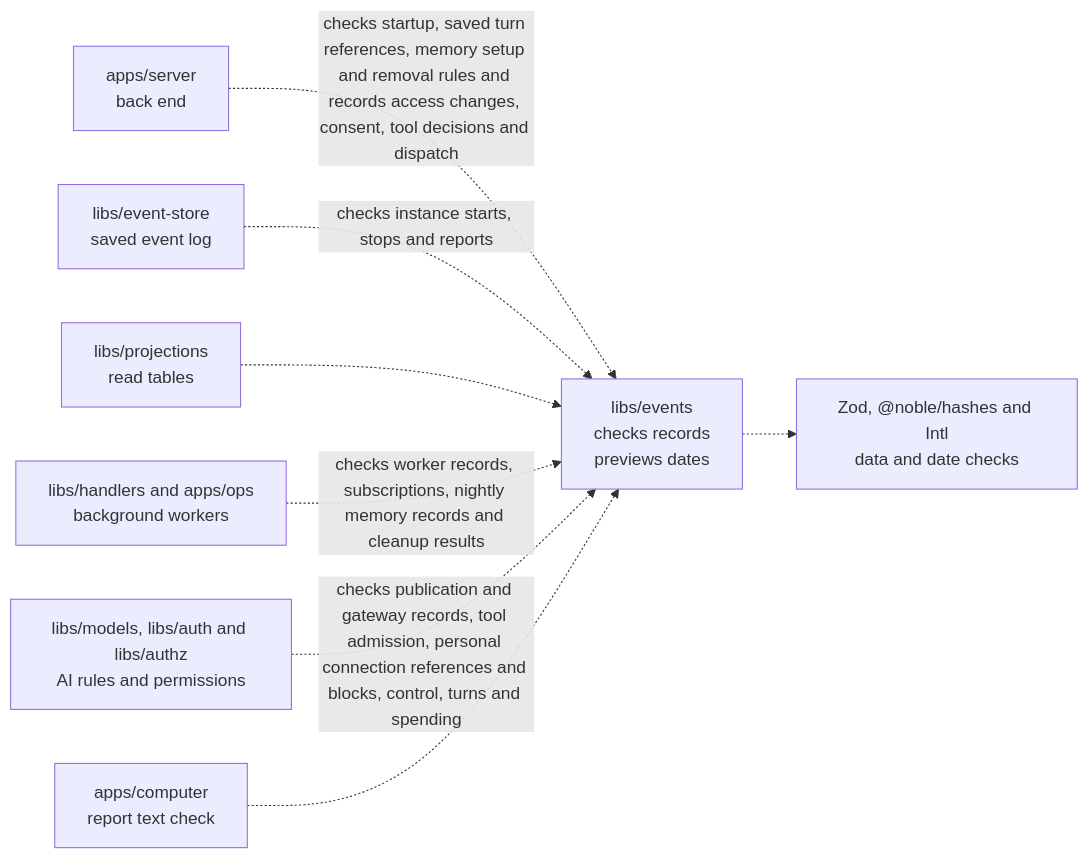
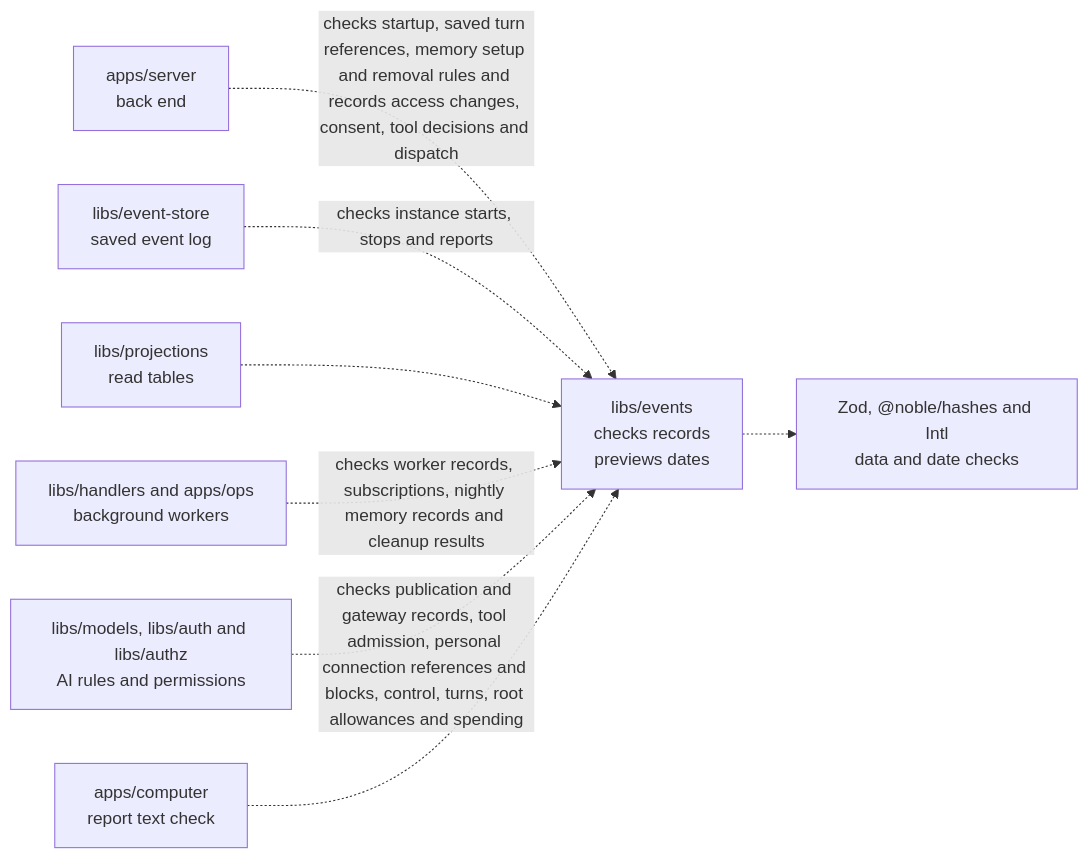
Before and after one commit to elewa-git/opencrane-new: the diagram in libs/events/README.md, drawn with Mermaid. The commit also changed other lines of this file and 15 other files, not shown here.

Commit message:
💶 Keep fixed root allowances and lifetime call totals

````diff
--- a/libs/events/README.md
+++ b/libs/events/README.md
@@ -27,10 +27,10 @@
 ```mermaid
 flowchart LR
   server["apps/server<br/>back end"] -.->|checks startup, saved turn references, memory setup and removal rules and records access changes, consent, tool decisions and dispatch| events["libs/events<br/>checks records<br/>previews dates"]
   store["libs/event-store<br/>saved event log"] -.->|checks instance starts, stops and reports| events
   projections["libs/projections<br/>read tables"] -.-> events
   workers["libs/handlers and apps/ops<br/>background workers"] -.->|checks worker records, subscriptions, nightly memory records and cleanup results| events
-  others["libs/models, libs/auth and libs/authz<br/>AI rules and permissions"] -.->|checks publication and gateway records, tool admission, personal connection references and blocks, control, turns and spending| events
+  others["libs/models, libs/auth and libs/authz<br/>AI rules and permissions"] -.->|checks publication and gateway records, tool admission, personal connection references and blocks, control, turns, root allowances and spending| events
   computer["apps/computer<br/>report text check"] -.-> events
   events -.-> checks["Zod, @noble/hashes and Intl<br/>data and date checks"]
 ```
````
